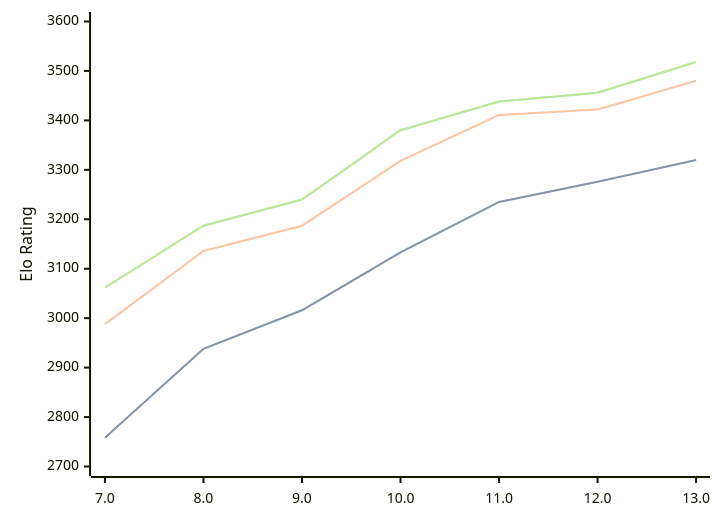
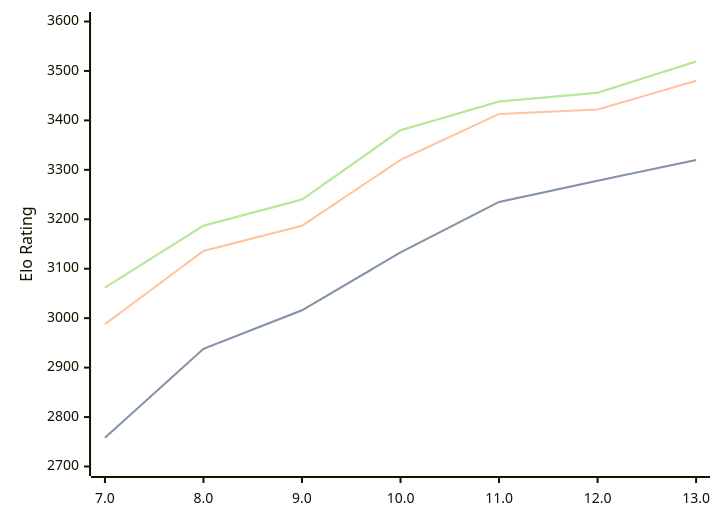
Before and after one commit to computer-chess-index/cci: the diagram in engines/Tcheran.md, drawn with Mermaid. The commit also changed other lines of this file, not shown here.

Commit message:
Update CCI Ratings (ELO VLTC) - 2026-08-20

````diff
--- a/engines/Tcheran.md
+++ b/engines/Tcheran.md
@@ -37,11 +37,11 @@
 ```mermaid
 %%{init: {"theme":"base","themeVariables":{"seriesColors:['#a3a3a3','#222221','#faa371']}}}%%
 xychart-beta
   x-axis ["7.0", "8.0", "9.0", "10.0", "11.0", "12.0", "13.0"]
   y-axis "Elo Rating" 2700 --> 3600
-  line "STC (8.0+0.08s)" [2758, 2938, 3016, 3133, 3235, 3276, 3320]
-  line "STC (8.0+0.08s)" [2758, 2938, 3016, 3133, 3235, 3276, 3320]
-  line "LTC (60.0+0.60s)" [2988, 3136, 3187, 3318, 3411, 3422, 3480]
-  line "VLTC (2m24s+1.12s)" [3062, 3187, 3240, 3380, 3438, 3456, 3518]
-  line "VLTC (2m24s+1.12s)" [3062, 3187, 3240, 3380, 3438, 3456, 3518]
+  line "STC (8.0+0.08s)" [2758, 2938, 3016, 3133, 3235, 3278, 3320]
+  line "STC (8.0+0.08s)" [2758, 2938, 3016, 3133, 3235, 3278, 3320]
+  line "LTC (60.0+0.60s)" [2988, 3136, 3187, 3320, 3413, 3422, 3480]
+  line "VLTC (2m24s+1.12s)" [3062, 3187, 3240, 3380, 3438, 3456, 3519]
+  line "VLTC (2m24s+1.12s)" [3062, 3187, 3240, 3380, 3438, 3456, 3519]
 ```
````
